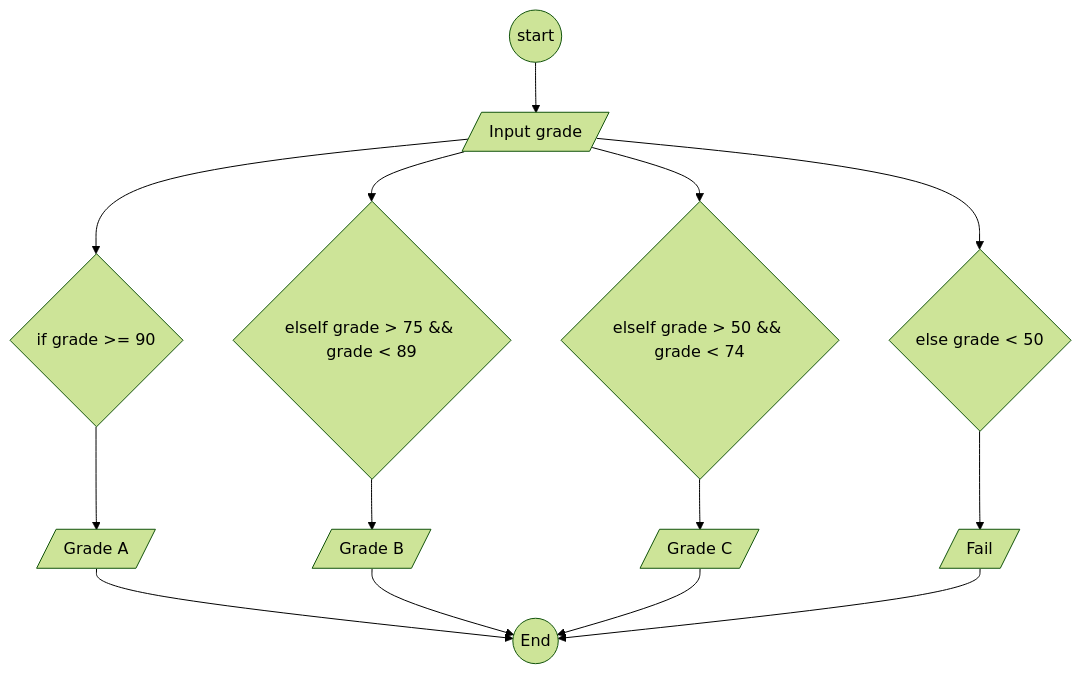
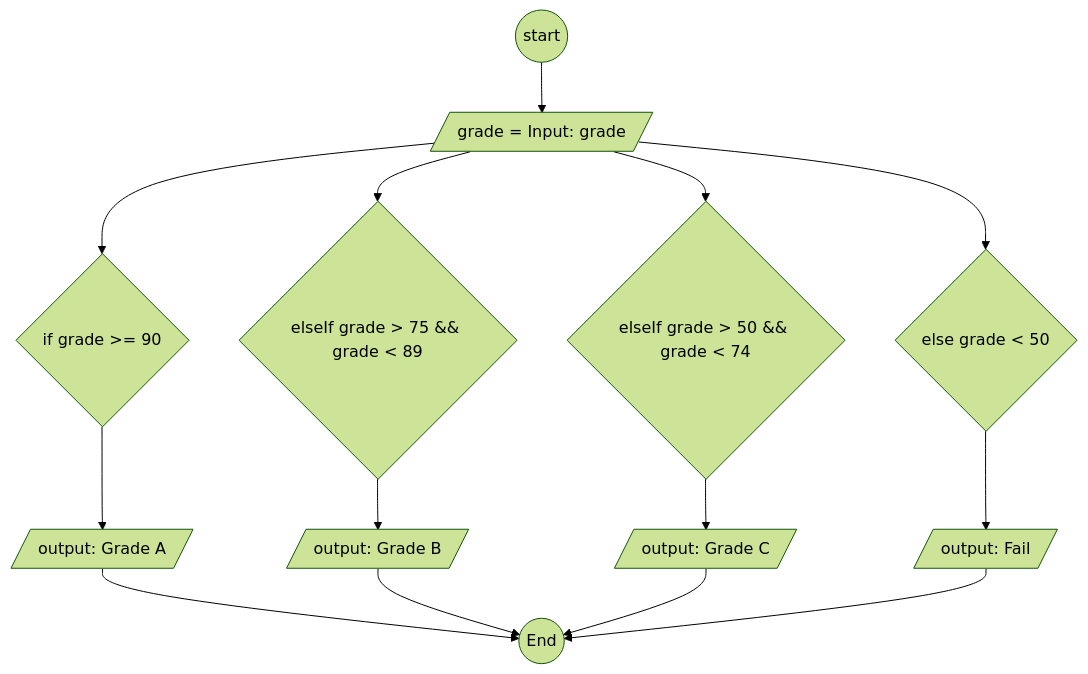
Before and after one commit to ihabau/Lexicon-lesson3-flowcharts: the diagram in Exercise2.md, drawn with Mermaid (forest theme). The commit also changed 3 other files, not shown here.

````diff
--- a/Exercise2.md
+++ b/Exercise2.md
@@ -29,8 +29,8 @@
 ```mermaid
 graph TD
-A((start)) --> B[/Input grade/]
-B --> C{if grade >= 90} --> D[/Grade A/] --> K((End))
-B --> E{elseIf grade > 75 && grade < 89} --> F[/Grade B/] --> K((End))
-B --> G{elseIf grade > 50 && grade < 74} --> H[/Grade C/] --> K((End))
-B --> I{else grade < 50} --> J[/Fail/] --> K((End))
+A((start)) --> B[/grade = Input: grade/]
+B --> C{if grade >= 90} --> D[/output: Grade A/] --> K((End))
+B --> E{elseIf grade > 75 && grade < 89} --> F[/output: Grade B/] --> K((End))
+B --> G{elseIf grade > 50 && grade < 74} --> H[/output: Grade C/] --> K((End))
+B --> I{else grade < 50} --> J[/output: Fail/] --> K((End))
 ```
````
